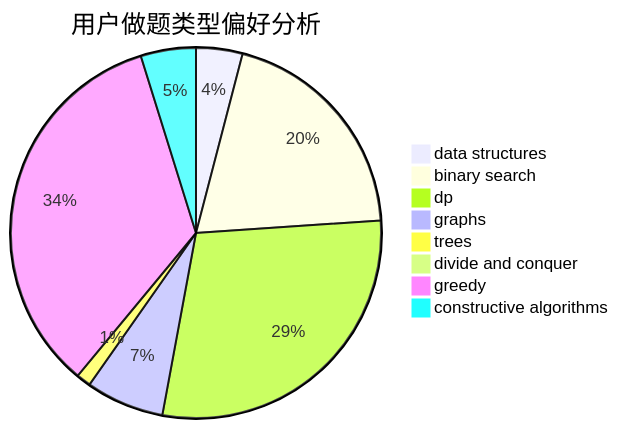
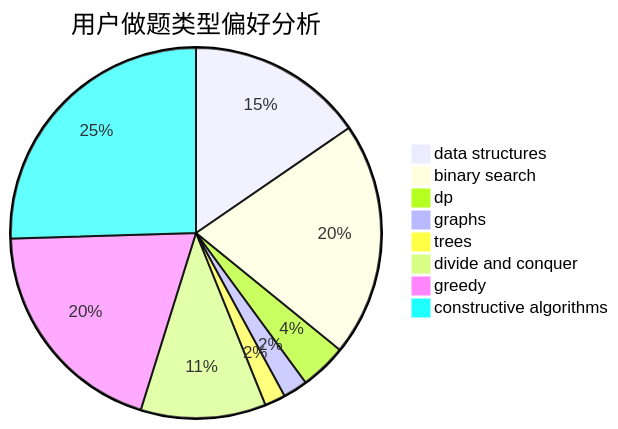
Before and after one commit to sherpahu/cfrs.github.io: the second of 3 diagrams in docs/user/u1371.md, drawn with Mermaid. The commit also changed other lines of this file and 2770 other files, not shown here.

````diff
--- a/docs/user/u1371.md
+++ b/docs/user/u1371.md
@@ -23,11 +23,11 @@
 ```mermaid
 pie title 用户做题类型偏好分析
-    "data structures" :  32
-    "binary search" :  157
-    "dp" :  229
-    "graphs" :  54
-    "trees" :  10
-    "divide and conquer" :  1
-    "greedy" :  270
-    "constructive algorithms" :  38
+    "data structures" :  144
+    "binary search" :  191
+    "dp" :  38
+    "graphs" :  20
+    "trees" :  17
+    "divide and conquer" :  102
+    "greedy" :  184
+    "constructive algorithms" :  238
 ```
````
